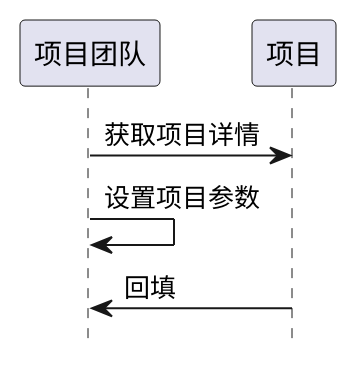
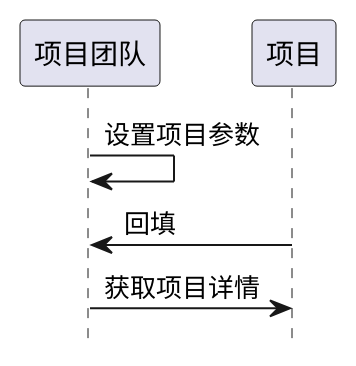
One commit to zj335841911/nt_chandao changed the second of 3 diagrams in ibizpms-docs/src/main/doc/v1/module/ibiz/ProjectTeam_old.md. Above: the diagram before and after it, drawn with PlantUML. The commit also changed other lines of this file and 2125 other files, not shown here.

```diff
--- a/ibizpms-docs/src/main/doc/v1/module/ibiz/ProjectTeam_old.md
+++ b/ibizpms-docs/src/main/doc/v1/module/ibiz/ProjectTeam_old.md
@@ -91,7 +91,7 @@
 {% plantuml %}
 hide footbox
 
-项目团队 -> 项目: 获取项目详情
 项目团队 -> 项目团队: 设置项目参数
 项目 -> 项目团队: 回填
+项目团队 -> 项目: 获取项目详情
 {% endplantuml %}
```
